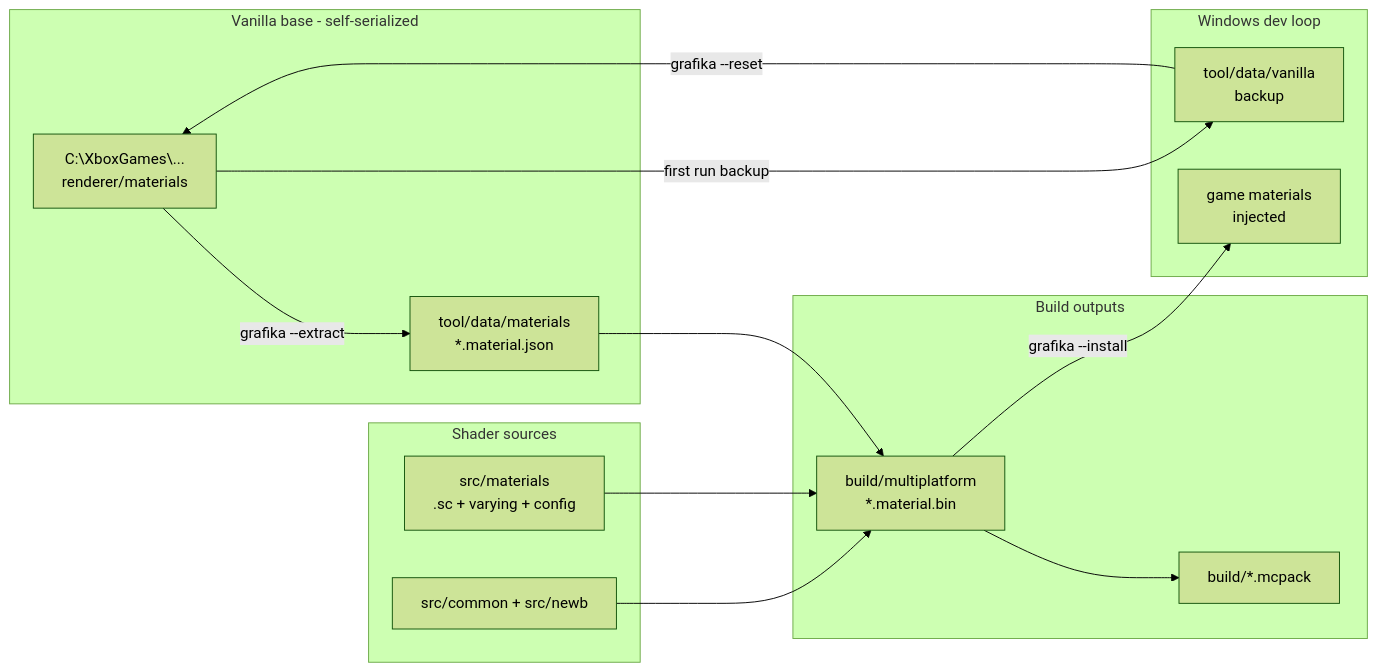
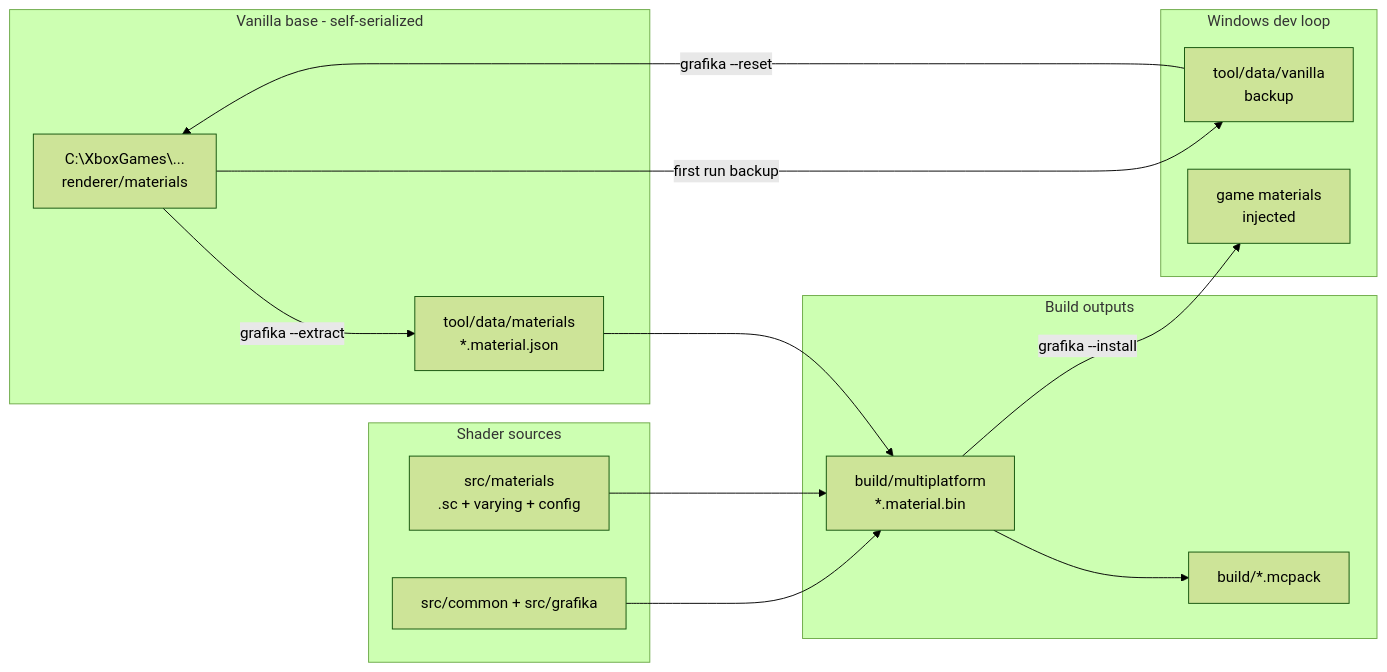
Before and after one commit to daniswastaken/grafika-dev: the diagram in README.md, drawn with Mermaid (forest theme). The commit also changed other lines of this file and 48 other files, not shown here.

Commit message:
feat: Rename project from Newb Shader to Grafika Shader

````diff
--- a/README.md
+++ b/README.md
@@ -135,27 +135,27 @@
 ```mermaid
 flowchart LR
   subgraph Sources[Shader sources]
     Src[src/materials\n.sc + varying + config]
-    Common[src/common + src/newb]
+    Common[src/common + src/grafika]
   end
   subgraph Base[Vanilla base - self-serialized]
     Game[C:\XboxGames\...\nrenderer/materials]
     Json[tool/data/materials\n*.material.json]
     Game -->|grafika --extract| Json
   end
   subgraph Build[Build outputs]
     Mats[build/multiplatform\n*.material.bin]
     Pack[build/*.mcpack]
   end
   subgraph Deploy[Windows dev loop]
     Inject[game materials\ninjected]
     Vanilla[tool/data/vanilla\nbackup]
   end
   Src --> Mats
   Json --> Mats
   Common --> Mats
   Mats --> Pack
   Mats -->|grafika --install| Inject
   Game -->|first run backup| Vanilla
   Vanilla -->|grafika --reset| Game
 ```
````
